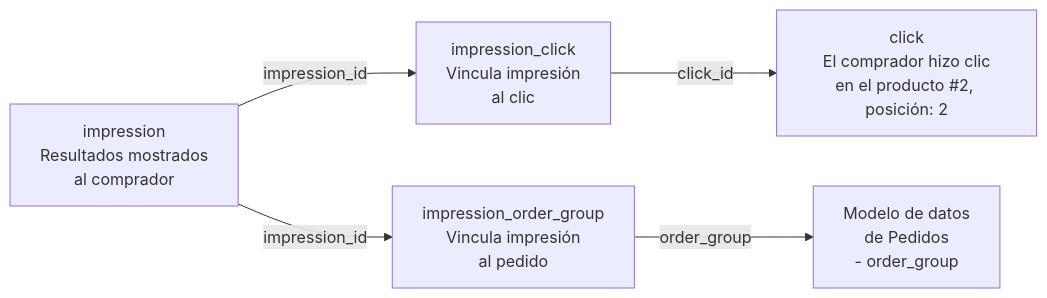
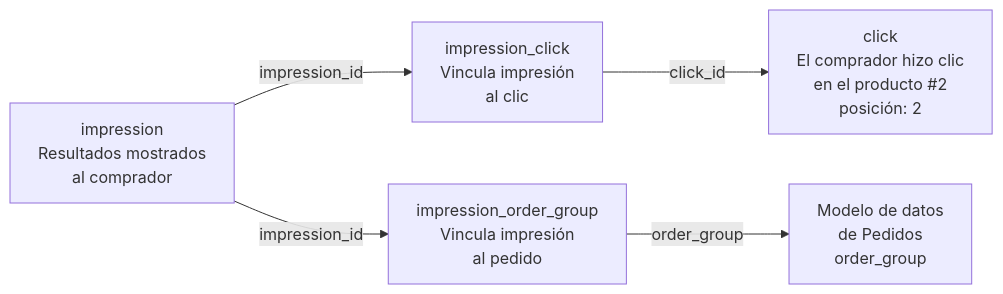
Before and after one commit to vtexdocs/help-center-content: the third of 4 diagrams in docs/es/tutorials/beta/vtex-data-pipeline-beta/busqueda-y-recomendaciones-data-pipeline.md, drawn with Mermaid. The commit also changed other lines of this file and 5 other files, not shown here.

````diff
--- a/docs/es/tutorials/beta/vtex-data-pipeline-beta/busqueda-y-recomendaciones-data-pipeline.md
+++ b/docs/es/tutorials/beta/vtex-data-pipeline-beta/busqueda-y-recomendaciones-data-pipeline.md
@@ -122,13 +124,14 @@
 ```mermaid
+%%{init: {'flowchart': {'htmlLabels': true, 'useMaxWidth': false, 'wrappingWidth': 220, 'padding': 14}}}%%
 flowchart LR
-    IMP["impression\nResultados mostrados\nal comprador"]
-    IC["impression_click\nVincula impresión\nal clic"]
-    CLK["click\nEl comprador hizo clic\nen el producto #2, posición: 2"]
-    IOG["impression_order_group\nVincula impresión\nal pedido"]
-    ORD["Modelo de datos\nde Pedidos\n- order_group"]
+    IMP["impression<br/>Resultados mostrados<br/>al comprador"]
+    IC["impression_click<br/>Vincula impresión<br/>al clic"]
+    CLK["click<br/>El comprador hizo clic<br/>en el producto #2<br/>posición: 2"]
+    IOG["impression_order_group<br/>Vincula impresión<br/>al pedido"]
+    ORD["Modelo de datos<br/>de Pedidos<br/>order_group"]
 
     IMP -->|"impression_id"| IC
     IC -->|"click_id"| CLK
     IMP -->|"impression_id"| IOG
     IOG -->|"order_group"| ORD
 ```
````
